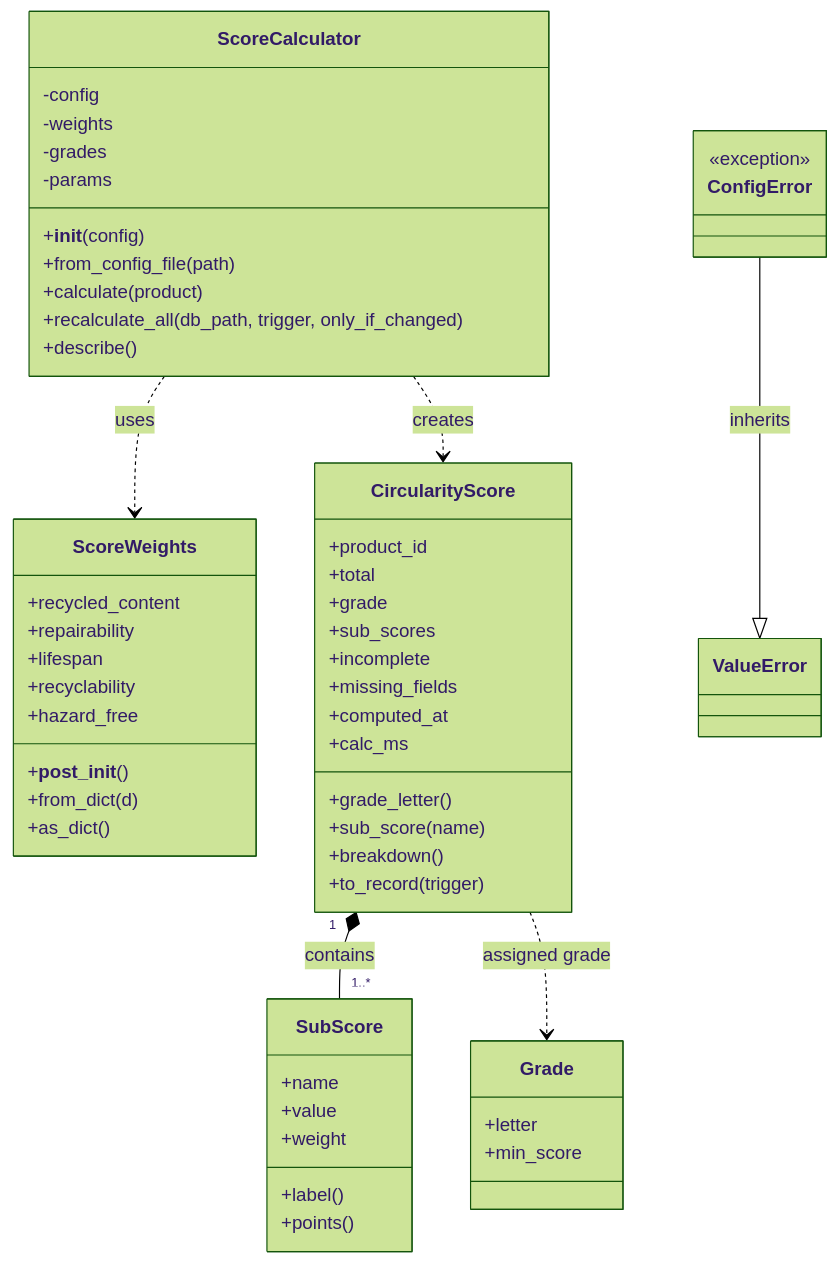
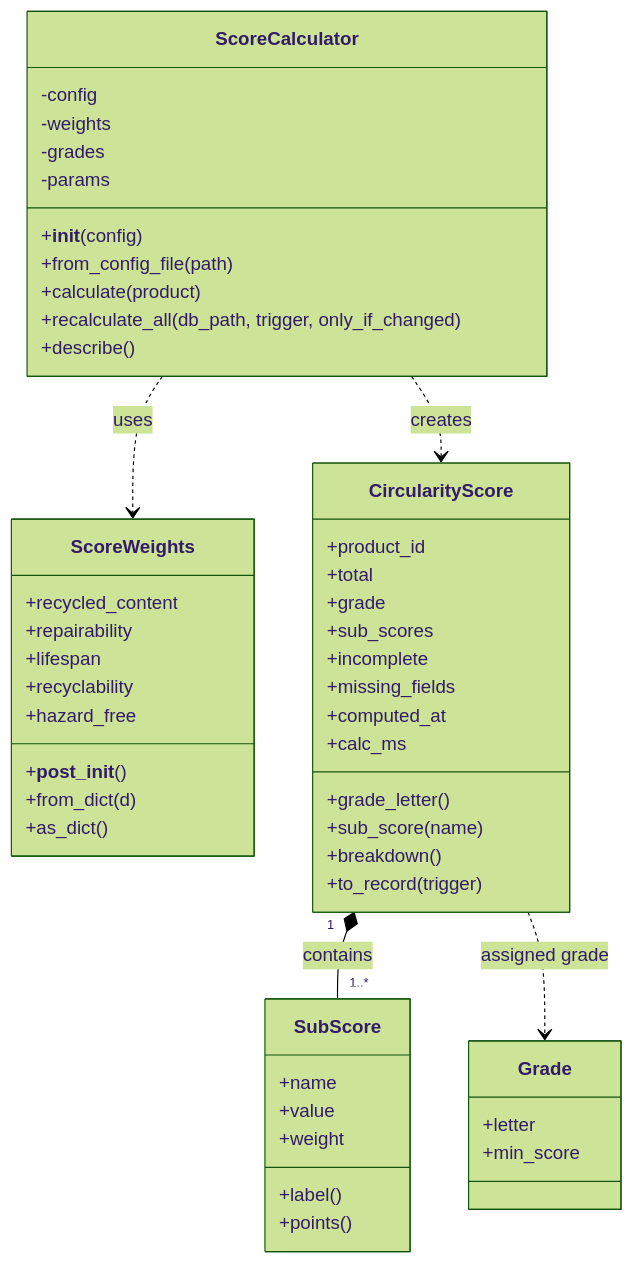
One commit to pradnya-shinde001/group15-circular-product-passport changed the third of 4 diagrams in README.md. Above: the diagram before and after it, drawn with Mermaid (forest theme).

````diff
--- a/README.md
+++ b/README.md
@@ -165,63 +165,60 @@
 ```mermaid
 classDiagram
     class ScoreCalculator {
         -config
         -weights
         -grades
         -params
         +__init__(config)
         +from_config_file(path)
         +calculate(product)
         +recalculate_all(db_path, trigger, only_if_changed)
         +describe()
     }
 
     class ScoreWeights {
         +recycled_content
         +repairability
         +lifespan
         +recyclability
         +hazard_free
         +__post_init__()
         +from_dict(d)
         +as_dict()
     }
 
     class CircularityScore {
         +product_id
         +total
         +grade
         +sub_scores
         +incomplete
         +missing_fields
         +computed_at
         +calc_ms
         +grade_letter()
         +sub_score(name)
         +breakdown()
         +to_record(trigger)
     }
 
     class SubScore {
         +name
         +value
         +weight
         +label()
         +points()
     }
 
     class Grade {
         +letter
         +min_score
     }
 
-    class ConfigError {
-        <<exception>>
-    }
 
     ScoreCalculator ..> ScoreWeights : uses
     ScoreCalculator ..> CircularityScore : creates
     CircularityScore "1" *-- "1..*" SubScore : contains
     CircularityScore ..> Grade : assigned grade
-    ConfigError --|> ValueError : inherits
+    
 ```
````
